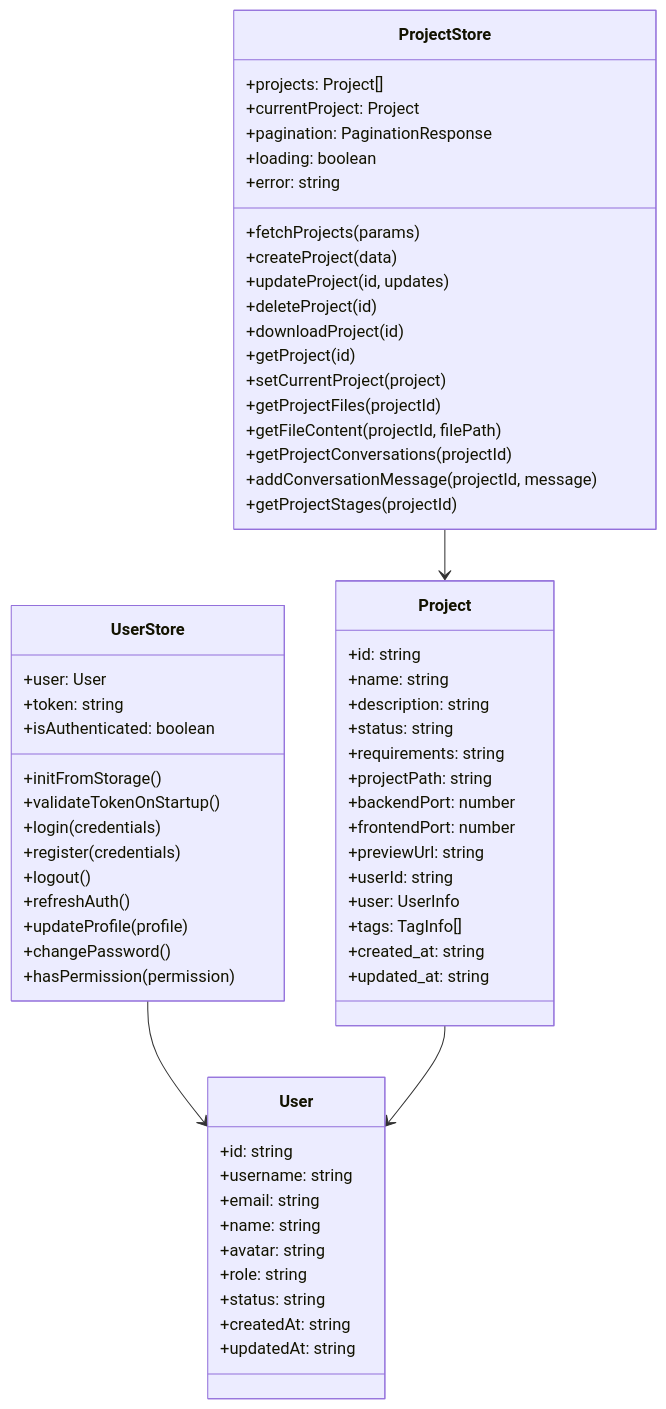
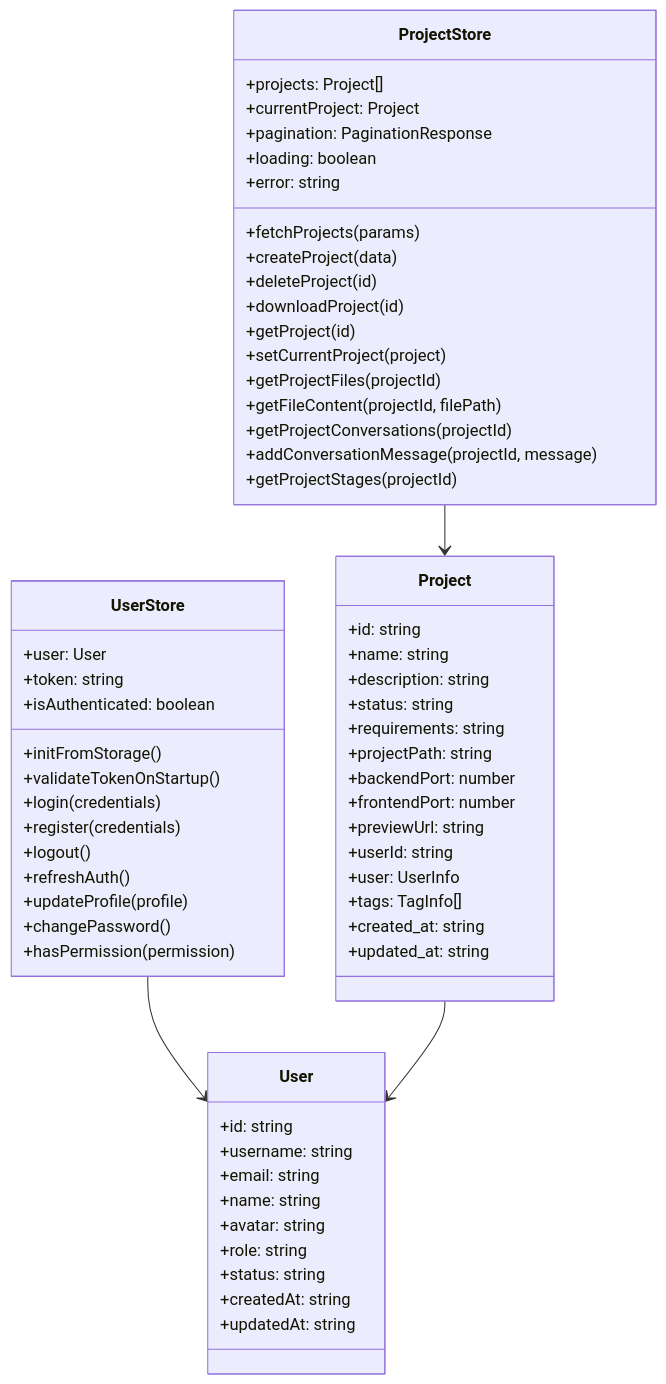
The fourth of 9 diagrams in frontend/architect/ARCHITECTURE.md (lighthought/app-maker), drawn with Mermaid before and after one commit. The commit also changed 7 other files, not shown here.

````diff
--- a/frontend/architect/ARCHITECTURE.md
+++ b/frontend/architect/ARCHITECTURE.md
@@ -195,70 +195,69 @@
 ```mermaid
 classDiagram
     class UserStore {
         +user: User
         +token: string
         +isAuthenticated: boolean
         +initFromStorage()
         +validateTokenOnStartup()
         +login(credentials)
         +register(credentials)
         +logout()
         +refreshAuth()
         +updateProfile(profile)
         +changePassword()
         +hasPermission(permission)
     }
 
     class ProjectStore {
         +projects: Project[]
         +currentProject: Project
         +pagination: PaginationResponse
         +loading: boolean
         +error: string
         +fetchProjects(params)
         +createProject(data)
-        +updateProject(id, updates)
         +deleteProject(id)
         +downloadProject(id)
         +getProject(id)
         +setCurrentProject(project)
         +getProjectFiles(projectId)
         +getFileContent(projectId, filePath)
         +getProjectConversations(projectId)
         +addConversationMessage(projectId, message)
         +getProjectStages(projectId)
     }
 
     class User {
         +id: string
         +username: string
         +email: string
         +name: string
         +avatar: string
         +role: string
         +status: string
         +createdAt: string
         +updatedAt: string
     }
 
     class Project {
         +id: string
         +name: string
         +description: string
         +status: string
         +requirements: string
         +projectPath: string
         +backendPort: number
         +frontendPort: number
         +previewUrl: string
         +userId: string
         +user: UserInfo
         +tags: TagInfo[]
         +created_at: string
         +updated_at: string
     }
 
     UserStore --> User
     ProjectStore --> Project
     Project --> User
 ```
````
